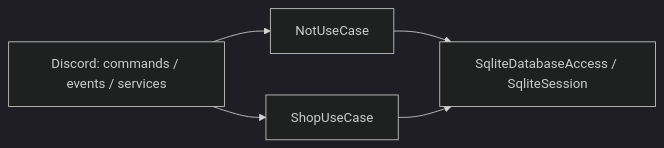
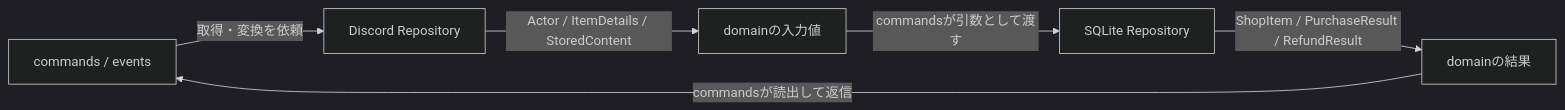
Before and after one commit to segfau-yama/NotBot: the first of 2 diagrams in design/REPOSITORY.md, drawn with Mermaid (dark theme). The commit also changed other lines of this file and 34 other files, not shown here.

````diff
--- a/design/REPOSITORY.md
+++ b/design/REPOSITORY.md
@@ -5,7 +5,8 @@
 ```mermaid
 flowchart LR
-    Discord[Discord: commands / events / services] --> Not[NotUseCase]
-    Discord --> Shop[ShopUseCase]
-    Not --> SQLite[SqliteDatabaseAccess / SqliteSession]
-    Shop --> SQLite
+    Commands[commands / events] -->|取得・変換を依頼| Discord[Discord Repository]
+    Discord -->|Actor / ItemDetails / StoredContent| Input[domainの入力値]
+    Input -->|commandsが引数として渡す| SQLite[SQLite Repository]
+    SQLite -->|ShopItem / PurchaseResult / RefundResult| Result[domainの結果]
+    Result -->|commandsが読出して返信| Commands
 ```
````
